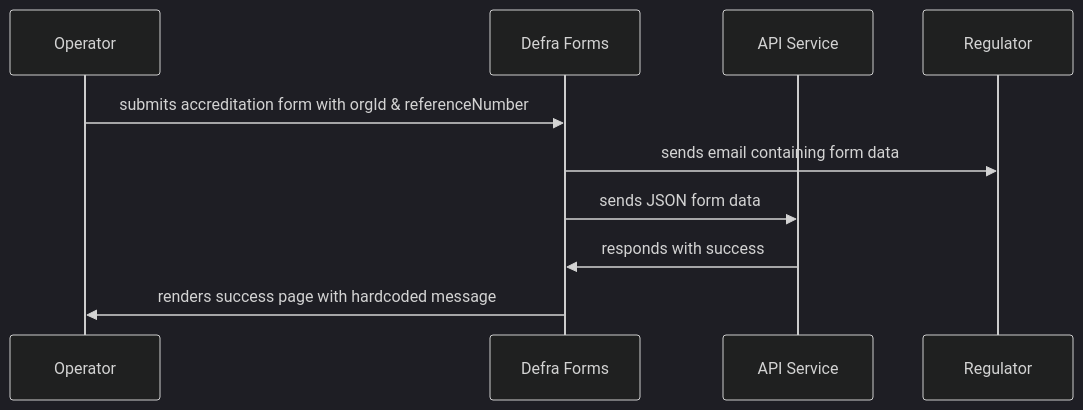
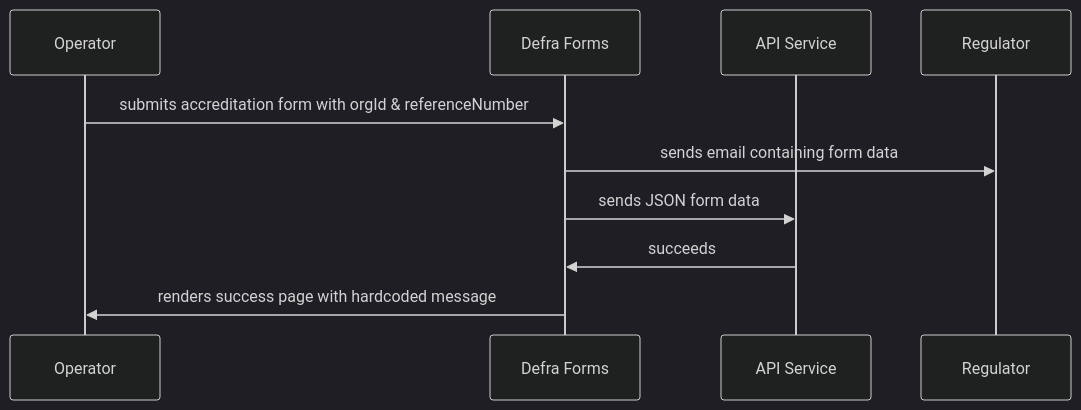
One commit to DEFRA/epr-backend changed the eighth of 10 diagrams in docs/architecture/defined/2025-reg-acc-lld.md. Above: the diagram before and after it, drawn with Mermaid (dark theme). The commit also changed other lines of this file, not shown here.

Commit message:
PAE-158: add success response body back in with explanation

````diff
--- a/docs/architecture/defined/2025-reg-acc-lld.md
+++ b/docs/architecture/defined/2025-reg-acc-lld.md
@@ -229,12 +232,12 @@
 ```mermaid
 sequenceDiagram
   participant Operator
   participant Defra Forms
   participant API Service
   participant Regulator
   Operator->>Defra Forms: submits accreditation form with orgId & referenceNumber
   Defra Forms->>Regulator: sends email containing form data
   Defra Forms->>API Service: sends JSON form data
-  API Service->>Defra Forms: responds with success
+  API Service->>Defra Forms: succeeds
   Defra Forms->>Operator: renders success page with hardcoded message
 ```
````
